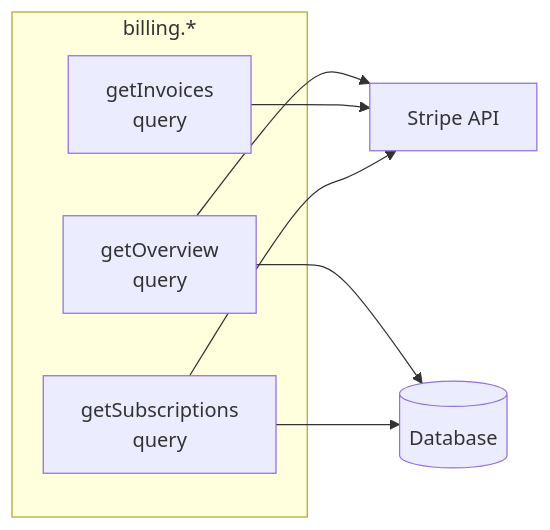
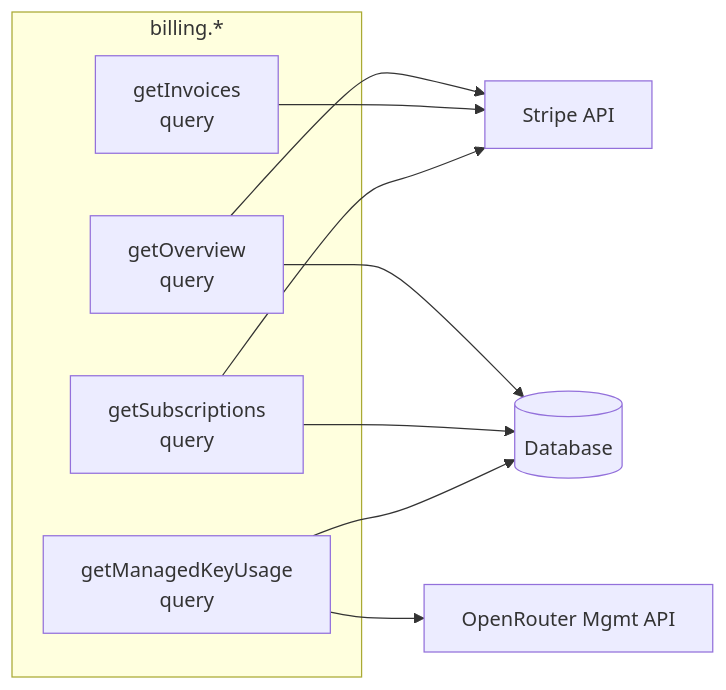
One commit to Bretthb/jarble changed the eighth of 20 diagrams in docs/API-ENDPOINTS.md. Above: the diagram before and after it, drawn with Mermaid. The commit also changed other lines of this file and 8 other files, not shown here.

````diff
--- a/docs/API-ENDPOINTS.md
+++ b/docs/API-ENDPOINTS.md
@@ -361,14 +380,17 @@
 ```mermaid
 graph LR
     subgraph billing["billing.*"]
         OVERVIEW["getOverview<br/>query"]
         INV["getInvoices<br/>query"]
         SUBS["getSubscriptions<br/>query"]
+        MKU["getManagedKeyUsage<br/>query"]
     end
 
     OVERVIEW --> STRIPE["Stripe API"]
     INV --> STRIPE
     SUBS --> STRIPE
     OVERVIEW --> DB[("Database")]
     SUBS --> DB
+    MKU --> DB
+    MKU --> OR_MGMT["OpenRouter Mgmt API"]
 ```
````
